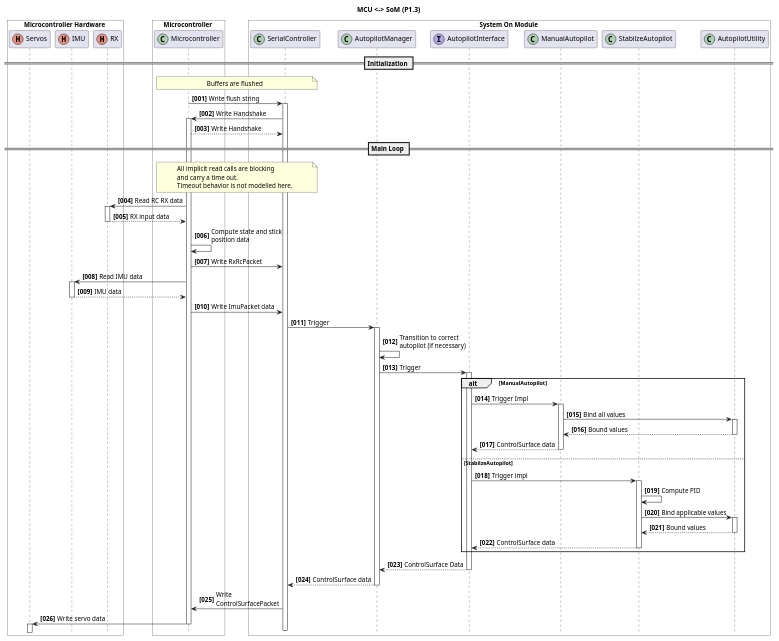
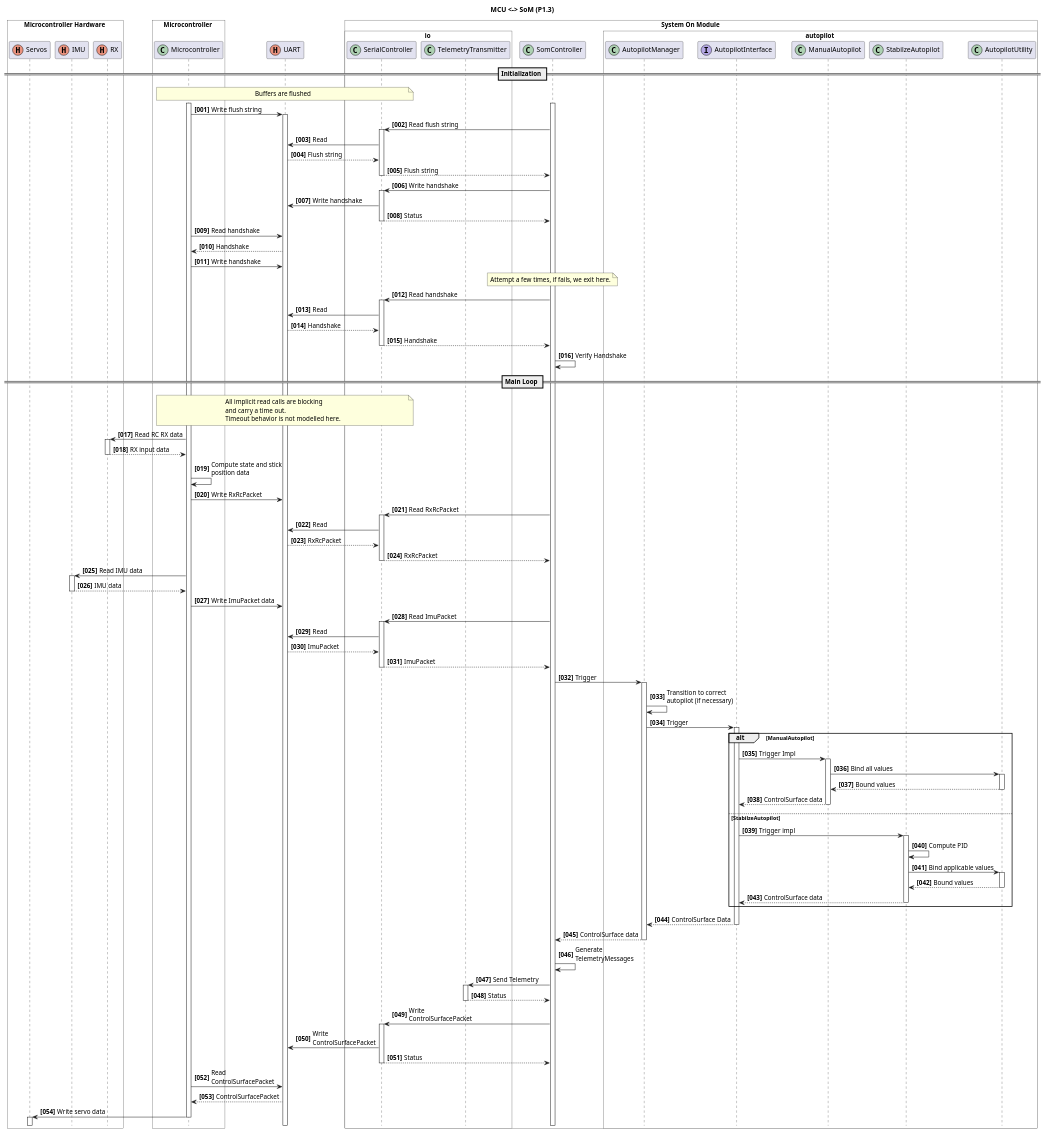
One commit to dev-jtemel/rc_plane changed the diagram in puml/mcu_som_communication.puml. Above: the diagram before and after it, drawn with PlantUML. The commit also changed 4 other files, not shown here.

```diff
--- a/puml/mcu_som_communication.puml
+++ b/puml/mcu_som_communication.puml
@@ -1,79 +1,135 @@
 @startuml MCU to SoM Sequence
 
 title MCU <-> SoM (P1.3)
 
 !pragma teoz true
 
 autonumber "<b>[000]"
 hide footbox
 skinparam maxMessageSize 150
 
 box Microcontroller Hardware #WHITE
   participant Servos as srv << (H,#EB937F) >>
   participant IMU as imu << (H,#EB937F) >>
   participant RX as rx << (H,#EB937F) >>
 end box 
 
 box Microcontroller #WHITE 
   participant Microcontroller as mcu << (C,#ADD1B2) >>
 end box
 
+participant UART as uart << (H,#EB937F) >>
+
 box System On Module #WHITE
-  participant SerialController as serial << (C,#ADD1B2) >>
-  participant AutopilotManager as apm << (C,#ADD1B2) >>
-  participant AutopilotInterface as api << (I,#B4A7E5) >>
-  participant ManualAutopilot as map << (C,#ADD1B2) >>
-  participant StabilzeAutopilot as sap << (C,#ADD1B2) >>
-  participant AutopilotUtility as apu << (C,#ADD1B2) >>
+  box io #WHITE
+    participant SerialController as serial << (C,#ADD1B2) >>
+    participant TelemetryTransmitter as ttx << (C,#ADD1B2) >>
+  end box
+
+  participant SomController as sctr << (C,#ADD1B2 ) >>
+
+  box autopilot #WHITE
+    participant AutopilotManager as apm << (C,#ADD1B2) >>
+    participant AutopilotInterface as api << (I,#B4A7E5) >>
+    participant ManualAutopilot as map << (C,#ADD1B2) >>
+    participant StabilzeAutopilot as sap << (C,#ADD1B2) >>
+    participant AutopilotUtility as apu << (C,#ADD1B2) >>
+  end box
 end box
 
 == Initialization ==
 note over mcu, serial : Buffers are flushed
-mcu -> serial ++ : Write flush string
-serial -> mcu ++ : Write Handshake
-serial <-- mcu  : Write Handshake
+
+activate mcu
+activate sctr
+
+mcu -> uart ++ : Write flush string
+sctr -> serial ++ : Read flush string
+serial -> uart : Read
+uart --> serial : Flush string
+serial --> sctr -- : Flush string
+
+sctr -> serial ++ : Write handshake
+serial -> uart : Write handshake
+serial --> sctr -- : Status
+
+mcu -> uart : Read handshake
+uart --> mcu : Handshake
+
+mcu -> uart : Write handshake
+
+note over sctr : Attempt a few times, if fails, we exit here.
+
+sctr -> serial ++ : Read handshake
+serial -> uart : Read
+uart --> serial : Handshake
+serial --> sctr -- : Handshake
+
+sctr -> sctr : Verify Handshake
+
 
 == Main Loop ==
 note over mcu, serial : All implicit read calls are blocking\nand carry a time out.\nTimeout behavior is not modelled here.
 
 
 rx <- mcu ++ : Read RC RX data
 rx --> mcu -- : RX input data
 
 mcu -> mcu : Compute state and stick position data
 
-mcu -> serial : Write RxRcPacket
+mcu -> uart : Write RxRcPacket
+
+sctr -> serial ++ : Read RxRcPacket
+serial -> uart : Read
+uart --> serial : RxRcPacket
+serial --> sctr -- : RxRcPacket
 
 imu <- mcu ++ : Read IMU data
 imu --> mcu -- : IMU data
 
-mcu -> serial : Write ImuPacket data
+mcu -> uart : Write ImuPacket data
 
-serial -> apm ++ : Trigger
+sctr -> serial ++ : Read ImuPacket
+serial -> uart : Read
+uart --> serial : ImuPacket
+serial --> sctr -- : ImuPacket
+
+sctr -> apm ++ : Trigger
 apm -> apm : Transition to correct autopilot (if necessary)
 
 apm -> api ++ : Trigger
 
 alt ManualAutopilot
   api -> map ++ : Trigger Impl
   map -> apu ++ : Bind all values
   apu --> map -- : Bound values
   map --> api -- : ControlSurface data
 else StabilzeAutopilot
   api -> sap ++ : Trigger impl
   sap -> sap : Compute PID
   sap -> apu ++ : Bind applicable values
   apu --> sap -- : Bound values
   sap --> api -- : ControlSurface data
 end
 
 api --> apm -- : ControlSurface Data
-apm --> serial -- : ControlSurface data
+apm --> sctr -- : ControlSurface data
 
-serial -> mcu : Write ControlSurfacePacket
+sctr -> sctr : Generate TelemetryMessages
+
+sctr -> ttx ++ : Send Telemetry
+ttx --> sctr -- : Status
+
+sctr -> serial ++ : Write ControlSurfacePacket
+serial -> uart : Write ControlSurfacePacket
+serial --> sctr -- : Status
+
+mcu -> uart : Read ControlSurfacePacket
+uart --> mcu : ControlSurfacePacket
+
 mcu -> srv ++ : Write servo data
 
 deactivate mcu
 deactivate serial
 
 @enduml
```
